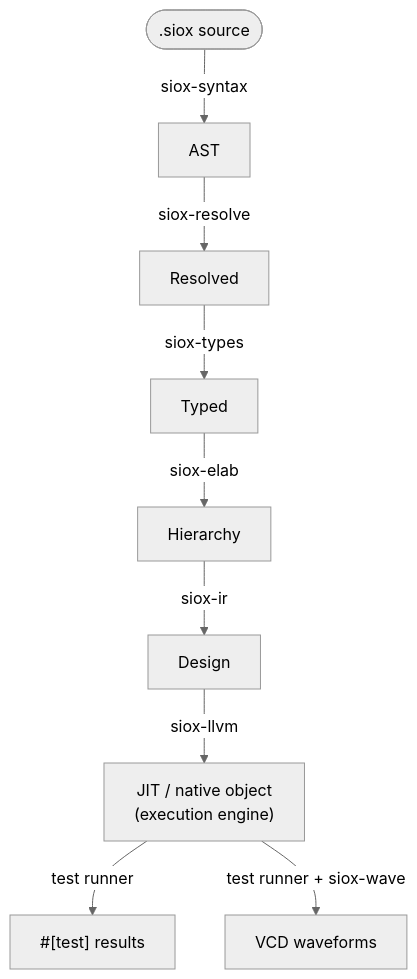
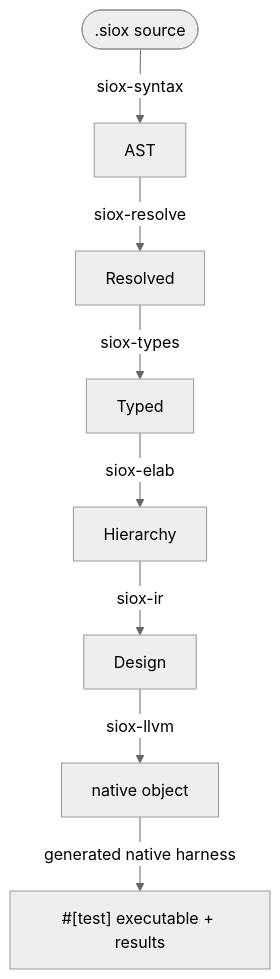
Before and after one commit to Siox-lang/sioxc: the diagram in docs/README.md, drawn with Mermaid (neutral theme). The commit also changed other lines of this file and 38 other files, not shown here.

Commit message:
Remove JIT and run tests as native binaries

````diff
--- a/docs/README.md
+++ b/docs/README.md
@@ -33,11 +33,10 @@
 ```mermaid
 flowchart TD
     SRC([".siox source"]) -->|siox-syntax| AST[AST]
     AST -->|siox-resolve| RES[Resolved]
     RES -->|siox-types| TY[Typed]
     TY -->|siox-elab| HIER[Hierarchy]
     HIER -->|siox-ir| IR[Design]
-    IR -->|siox-llvm| ENG["JIT / native object<br/>(execution engine)"]
-    ENG -->|test runner| OUT["#[test] results"]
-    ENG -->|"test runner + siox-wave"| VCD[VCD waveforms]
+    IR -->|siox-llvm| OBJ["native object"]
+    OBJ -->|generated native harness| OUT["#[test] executable + results"]
 ```
````
